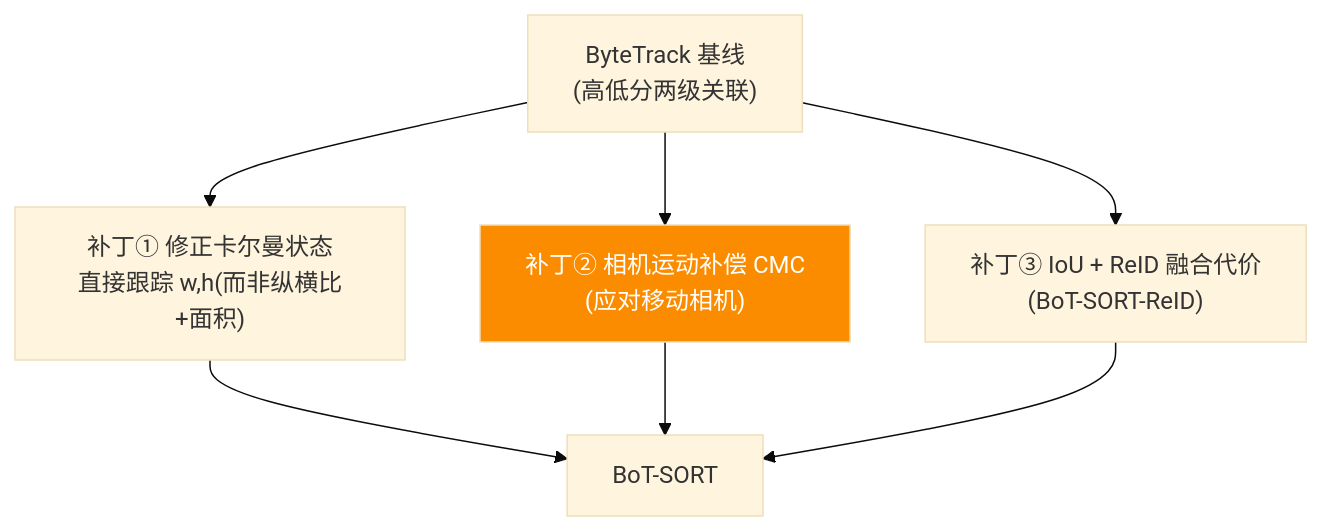
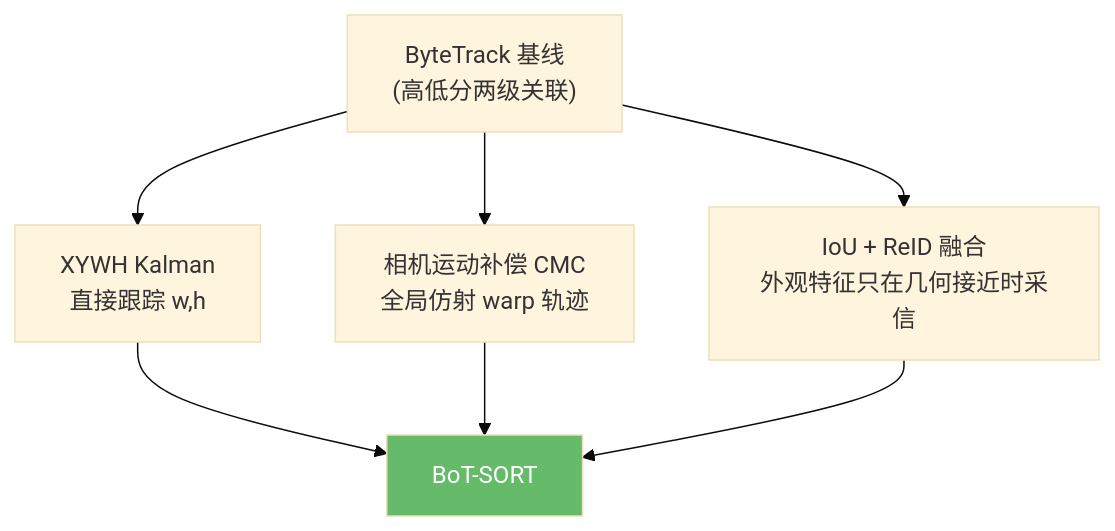
One commit to yyq19990828/onnxtools changed the diagram in docs/guides/tracking/botsort.md. Above: the diagram before and after it, drawn with Mermaid (base theme). The commit also changed other lines of this file and 17 other files, not shown here.

````diff
--- a/docs/guides/tracking/botsort.md
+++ b/docs/guides/tracking/botsort.md
@@ -11,11 +11,11 @@
 ```mermaid
 graph TD
     BT["ByteTrack 基线<br/>(高低分两级关联)"]
-    BT --> P1["补丁① 修正卡尔曼状态<br/>直接跟踪 w,h(而非纵横比+面积)"]
-    BT --> P2["补丁② 相机运动补偿 CMC<br/>(应对移动相机)"]
-    BT --> P3["补丁③ IoU + ReID 融合代价<br/>(BoT-SORT-ReID)"]
+    BT --> P1["XYWH Kalman<br/>直接跟踪 w,h"]
+    BT --> P2["相机运动补偿 CMC<br/>全局仿射 warp 轨迹"]
+    BT --> P3["IoU + ReID 融合<br/>外观特征只在几何接近时采信"]
     P1 --> OUT["BoT-SORT"]
     P2 --> OUT
     P3 --> OUT
-    style P2 fill:#fb8c00,color:#fff
+    style OUT fill:#66bb6a,color:#fff
 ```
````
